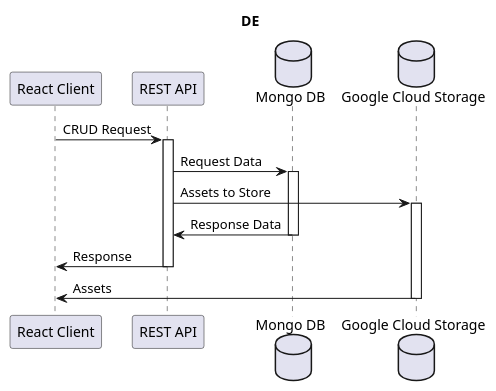
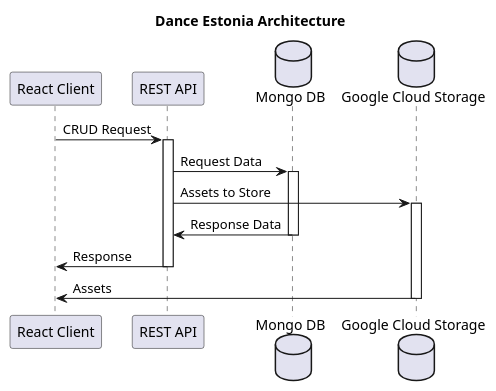
Before and after one commit to rrorrolfo/danceEstoniaClient: the diagram in client/DE_architecture.wsd, drawn with PlantUML.

Commit message:
Updated dance estonia architecture title

```diff
--- a/client/DE_architecture.wsd
+++ b/client/DE_architecture.wsd
@@ -1,22 +1,22 @@
-@startuml Erply Wizard
+@startuml Dance Estonia Client
 participant "React Client" as Client
 participant "REST API" as API
 database "Mongo DB" as MongoDB
 database "Google Cloud Storage" as GCS
 
-title DE
+title Dance Estonia Architecture
 
 Client -> API: CRUD Request
 activate API
 API -> MongoDB: Request Data
 activate MongoDB
 API -> GCS: Assets to Store
 activate GCS
 MongoDB -> API: Response Data
 deactivate MongoDB
 API -> Client: Response
 deactivate API
 GCS -> Client: Assets
 deactivate GCS
 
 @enduml
```
